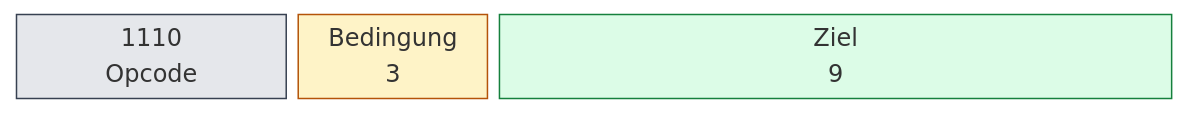
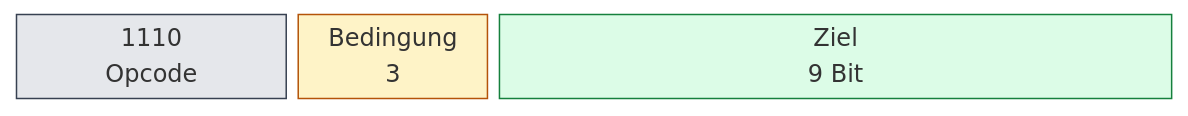
Before and after one commit to olfp/Deep16: the first of 4 diagrams in book/kap04.md, drawn with Mermaid. The commit also changed other lines of this file and 1 other file, not shown here.

Commit message:
book(kap04): Diagramm-Beschriftungen korrigiert (# für Immediate, Bitbreiten ergänzt)

````diff
--- a/book/kap04.md
+++ b/book/kap04.md
@@ -44,13 +44,13 @@
 ```mermaid
 block-beta
   columns 31
   classDef op fill:#e5e7eb,stroke:#374151
   classDef imm fill:#fef3c7,stroke:#b45309
   classDef off fill:#dcfce7,stroke:#15803d
   b0["1110<br/>Opcode"]:7
   b1["Bedingung<br/>3"]:5
-  b2["Ziel<br/>9"]:17
+  b2["Ziel<br/>9 Bit"]:17
   class b0 op
   class b1 imm
   class b2 off
 ```
````
